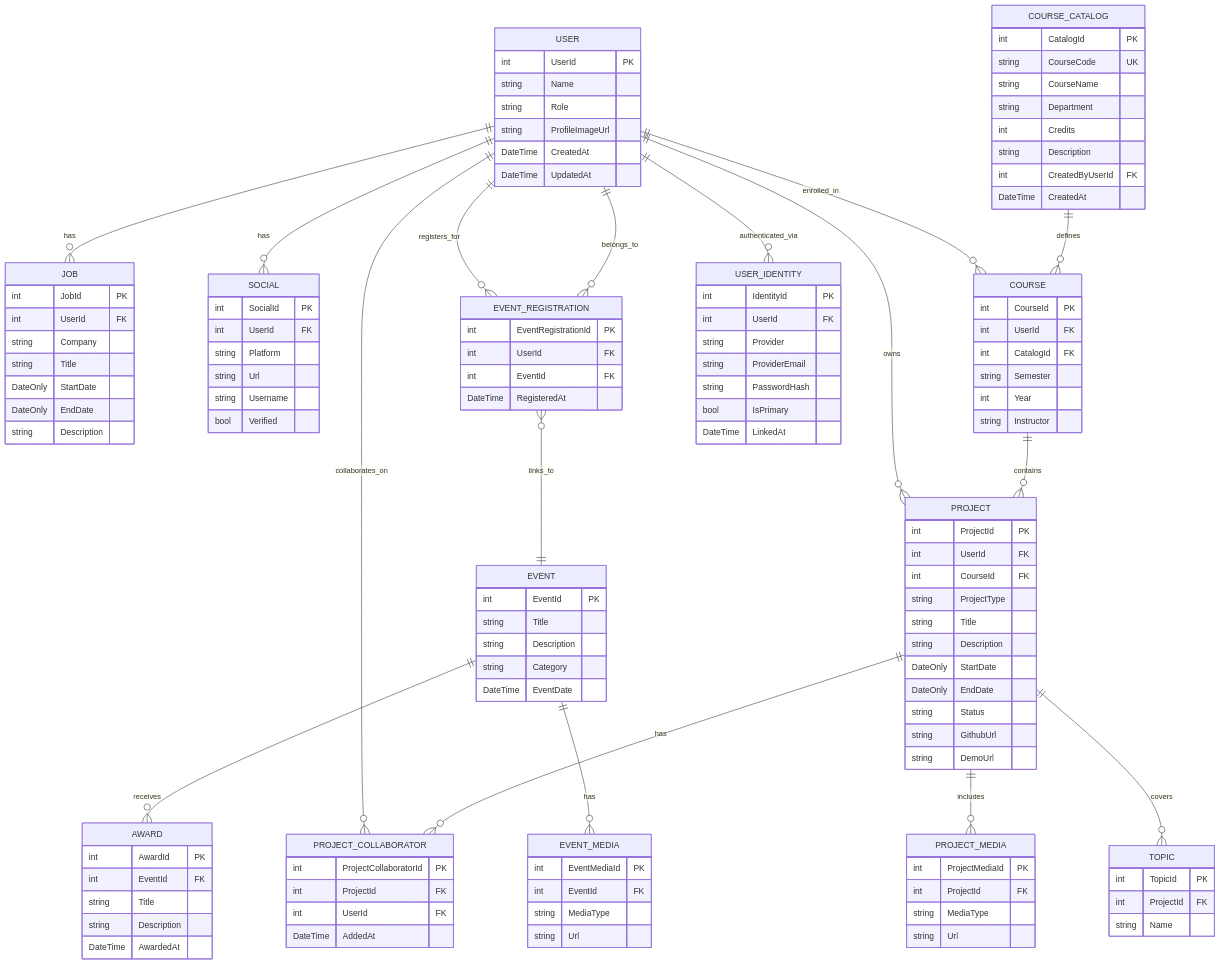
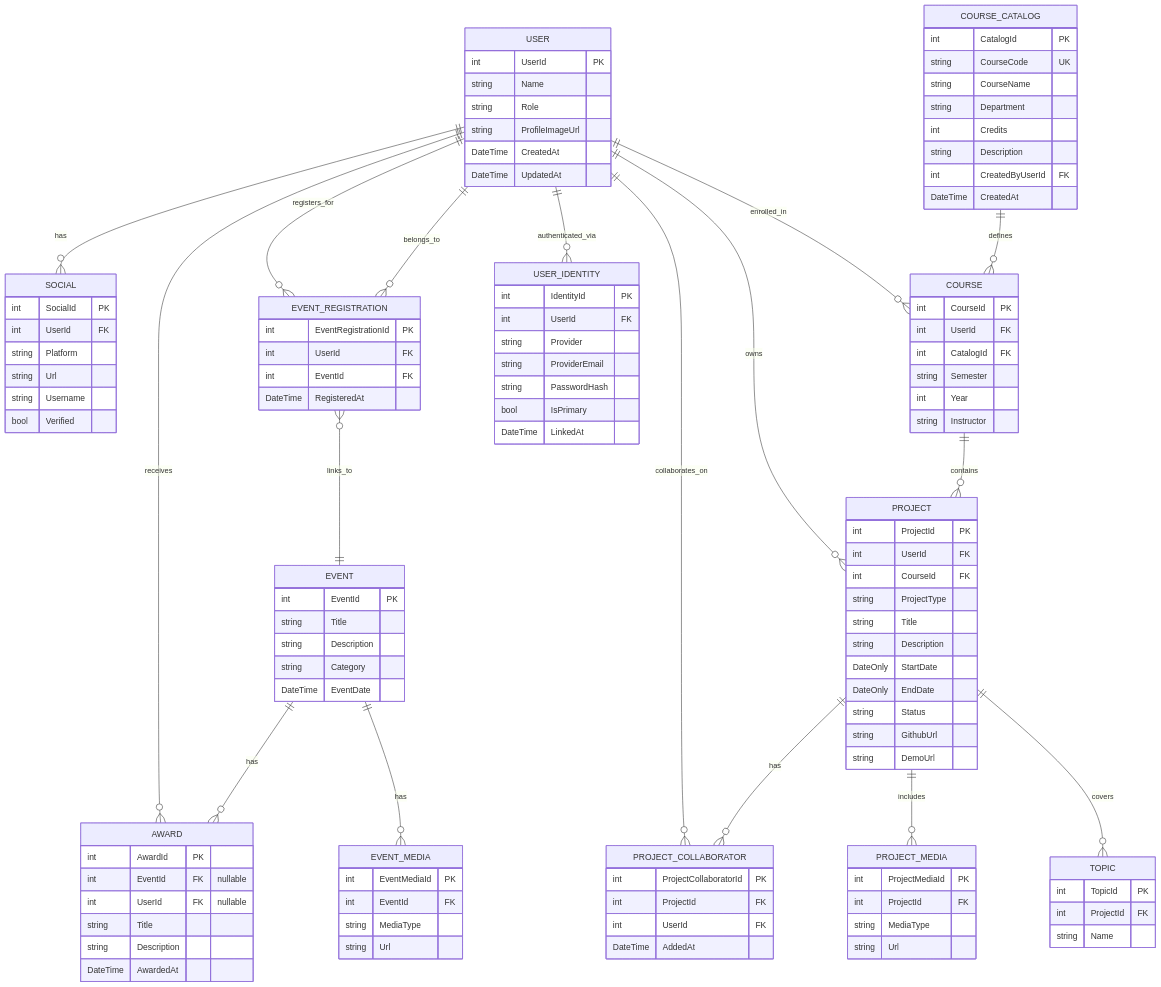
Before and after one commit to Etown-CS/JayWiki: the diagram in Docs/ERD/DB_SCHEMA.md, drawn with Mermaid. The commit also changed other lines of this file and 5 other files, not shown here.

First line of the commit message:
Docs: update DB schema, lessons, setup & auth flow

````diff
--- a/Docs/ERD/DB_SCHEMA.md
+++ b/Docs/ERD/DB_SCHEMA.md
@@ -11,12 +11,12 @@
 ```mermaid
 erDiagram
-    USER ||--o{ JOB : has
     USER ||--o{ SOCIAL : has
     USER ||--o{ COURSE : enrolled_in
     USER ||--o{ EVENT_REGISTRATION : registers_for
     USER ||--o{ PROJECT : owns
     USER ||--o{ PROJECT_COLLABORATOR : collaborates_on
     USER ||--o{ USER_IDENTITY : authenticated_via
+    USER ||--o{ AWARD : receives
     COURSE_CATALOG ||--o{ COURSE : defines
     COURSE ||--o{ PROJECT : contains
     PROJECT ||--o{ TOPIC : covers
@@ -25,8 +25,8 @@
     EVENT_REGISTRATION }o--|| EVENT : links_to
     EVENT_REGISTRATION }o--|| USER : belongs_to
     EVENT ||--o{ EVENT_MEDIA : has
-    EVENT ||--o{ AWARD : receives
-
+    EVENT ||--o{ AWARD : has
+ 
     USER {
         int UserId PK
         string Name
@@ -35,7 +35,7 @@
         DateTime CreatedAt
         DateTime UpdatedAt
     }
-
+ 
     USER_IDENTITY {
         int IdentityId PK
         int UserId FK
@@ -45,17 +45,7 @@
         bool IsPrimary
         DateTime LinkedAt
     }
-
-    JOB {
-        int JobId PK
-        int UserId FK
-        string Company
-        string Title
-        DateOnly StartDate
-        DateOnly EndDate
-        string Description
-    }
-
+ 
     SOCIAL {
         int SocialId PK
         int UserId FK
@@ -64,7 +54,7 @@
         string Username
         bool Verified
     }
-
+ 
     COURSE_CATALOG {
         int CatalogId PK
         string CourseCode UK
@@ -75,7 +65,7 @@
         int CreatedByUserId FK
         DateTime CreatedAt
     }
-
+ 
     COURSE {
         int CourseId PK
         int UserId FK
@@ -84,7 +74,7 @@
         int Year
         string Instructor
     }
-
+ 
     PROJECT {
         int ProjectId PK
         int UserId FK
@@ -98,34 +88,34 @@
         string GithubUrl
         string DemoUrl
     }
-
+ 
     PROJECT_COLLABORATOR {
         int ProjectCollaboratorId PK
         int ProjectId FK
         int UserId FK
         DateTime AddedAt
     }
-
+ 
     PROJECT_MEDIA {
         int ProjectMediaId PK
         int ProjectId FK
         string MediaType
         string Url
     }
-
+ 
     TOPIC {
         int TopicId PK
         int ProjectId FK
         string Name
     }
-
+ 
     EVENT_REGISTRATION {
         int EventRegistrationId PK
         int UserId FK
         int EventId FK
         DateTime RegisteredAt
     }
-
+ 
     EVENT {
         int EventId PK
         string Title
@@ -133,17 +123,18 @@
         string Category
         DateTime EventDate
     }
-
+ 
     EVENT_MEDIA {
         int EventMediaId PK
         int EventId FK
         string MediaType
         string Url
     }
-
+ 
     AWARD {
         int AwardId PK
-        int EventId FK
+        int EventId FK "nullable"
+        int UserId FK "nullable"
         string Title
         string Description
         DateTime AwardedAt
````
